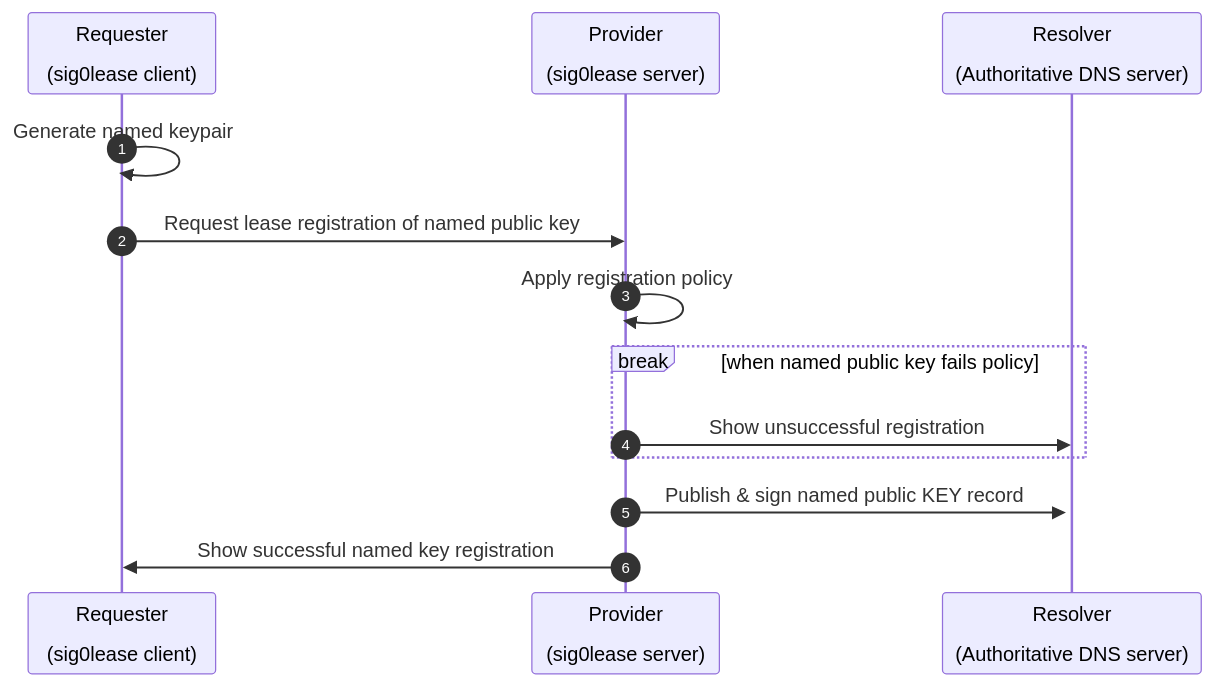
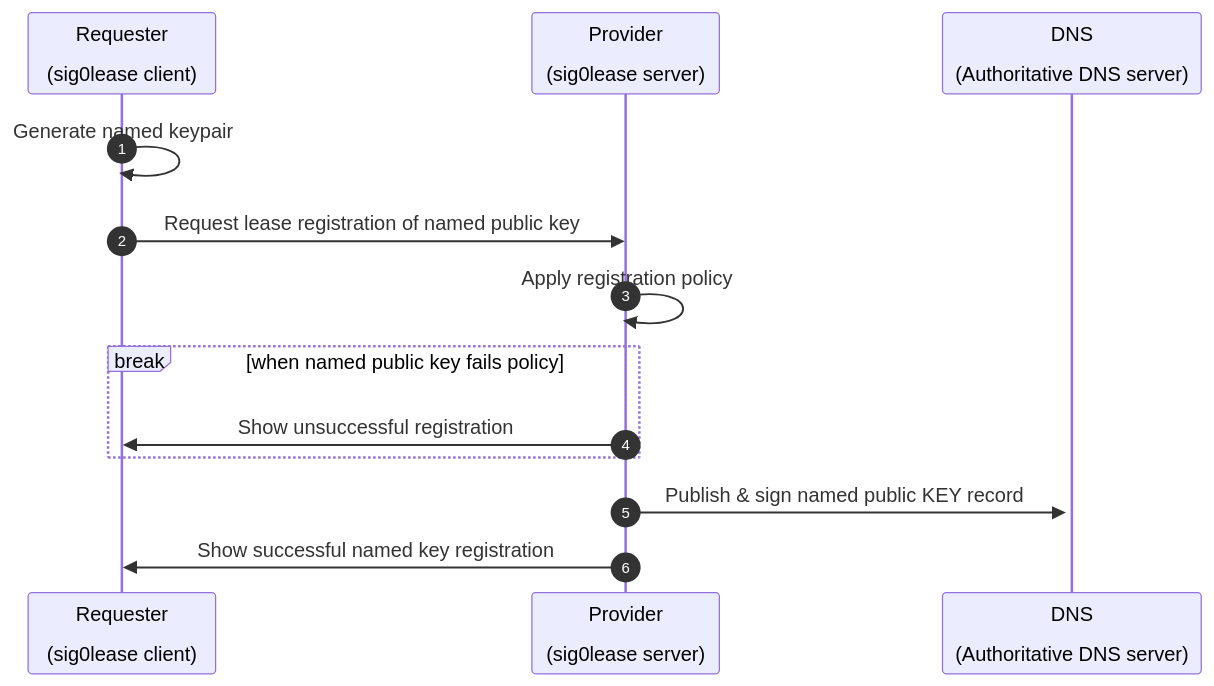
The first of 2 diagrams in README.md (NetworkCommons/sig0lease), drawn with Mermaid before and after one commit.

Commit message:
correct mermaid diagram

````diff
--- a/README.md
+++ b/README.md
@@ -69,16 +69,16 @@
 ```mermaid
 sequenceDiagram
 autonumber
   participant R as Requester<br><br>(sig0lease client)
   participant P as Provider<br><br>(sig0lease server)
-  participant D as Resolver<br><br>(Authoritative DNS server)
+  participant D as DNS<br><br>(Authoritative DNS server)
 
   R->>R: Generate named keypair
   R->>P: Request lease registration of named public key
   P->>P: Apply registration policy
   break when named public key fails policy
-    P->>D: Show unsuccessful registration
+    P->>R: Show unsuccessful registration
   end
   P->>+D: Publish & sign named public KEY record
   P->>R: Show successful named key registration
 ```
````
